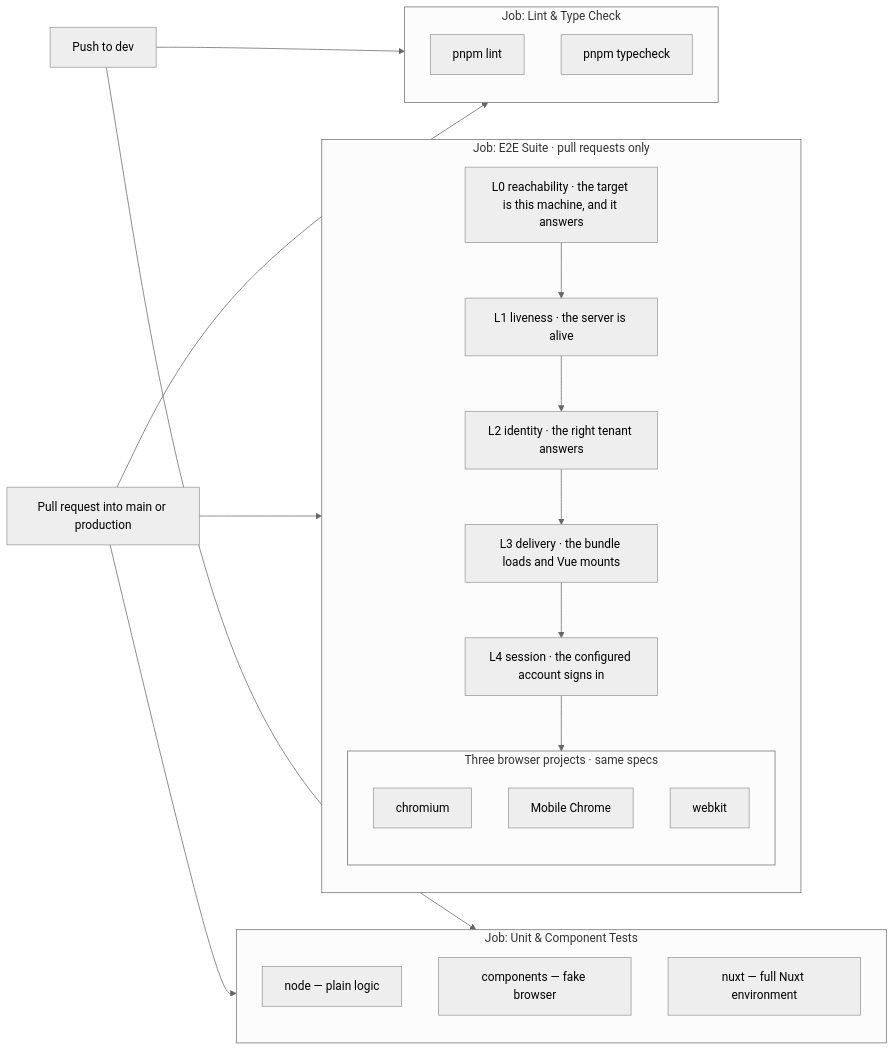
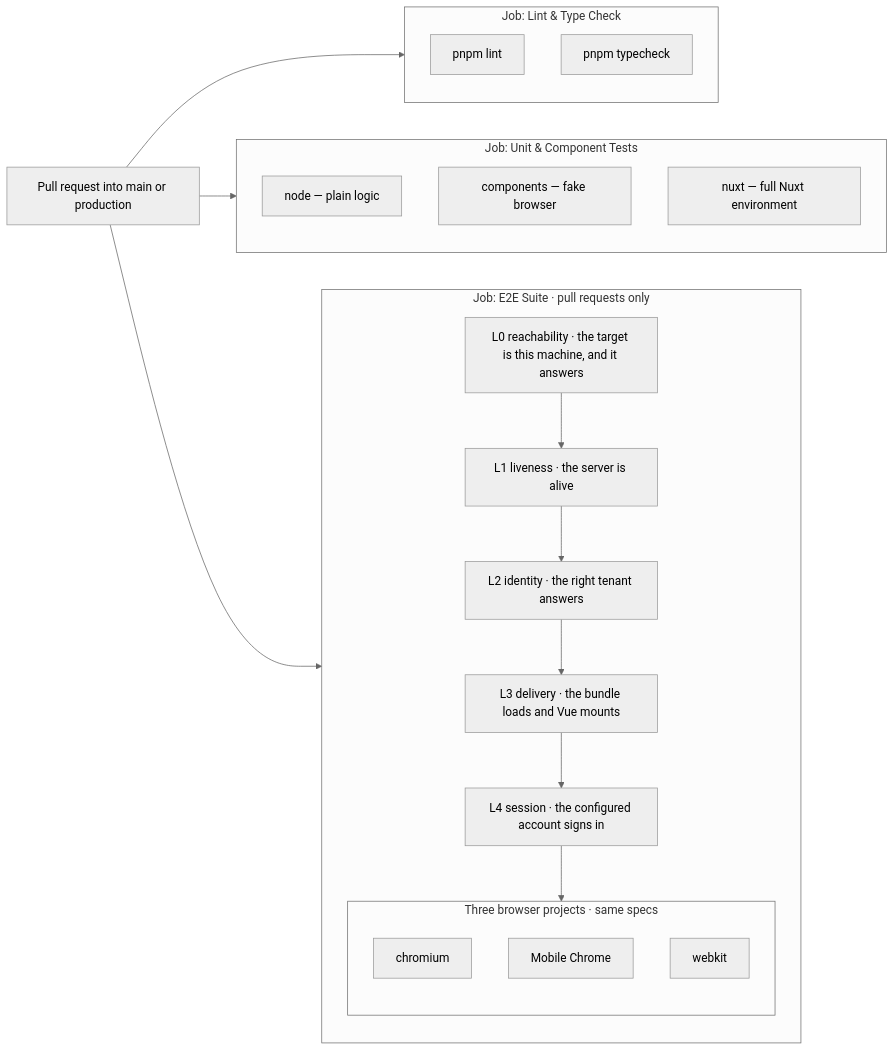
One commit to geins-io/sales-portal changed the first of 5 diagrams in docs/test-layers.md. Above: the diagram before and after it, drawn with Mermaid (neutral theme). The commit also changed other lines of this file and 1 other file, not shown here.

````diff
--- a/docs/test-layers.md
+++ b/docs/test-layers.md
@@ -14,38 +14,36 @@
 ```mermaid
 flowchart LR
     PR["Pull request into main or production"] --> LINT
     PR --> UNIT
     PR --> E2E
-    DEV["Push to dev"] --> LINT
-    DEV --> UNIT
 
     subgraph LINT["Job: Lint &amp; Type Check"]
         direction TB
         L1["pnpm lint"]
         L2["pnpm typecheck"]
     end
 
     subgraph UNIT["Job: Unit &amp; Component Tests"]
         direction TB
         U1["node — plain logic"]
         U2["components — fake browser"]
         U3["nuxt — full Nuxt environment"]
     end
 
     subgraph E2E["Job: E2E Suite · pull requests only"]
         direction TB
         P0["L0 reachability · the target is this machine, and it answers"] --> P1["L1 liveness · the server is alive"]
         P1 --> P2["L2 identity · the right tenant answers"]
         P2 --> P3["L3 delivery · the bundle loads and Vue mounts"]
         P3 --> P4["L4 session · the configured account signs in"]
 
         subgraph SUITE["Three browser projects · same specs"]
             direction TB
             B1["chromium"]
             B2["Mobile Chrome"]
             B3["webkit"]
         end
 
         P4 --> SUITE
     end
 ```
````
